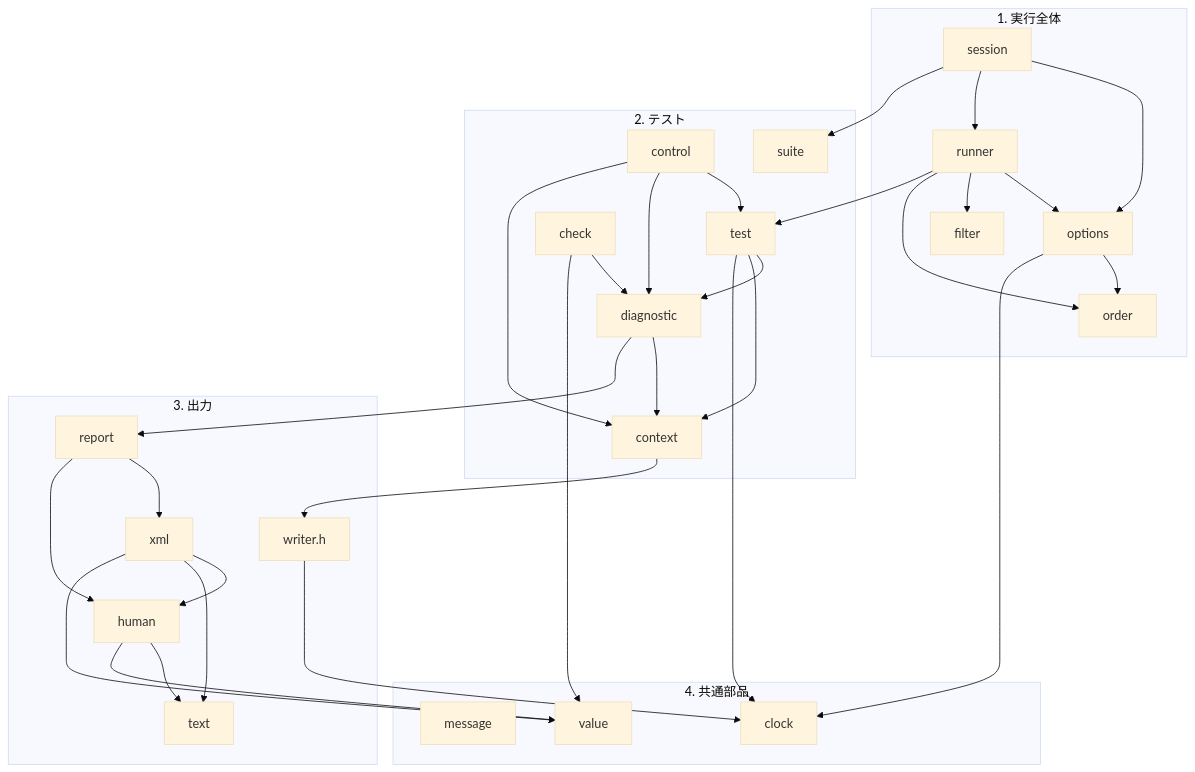
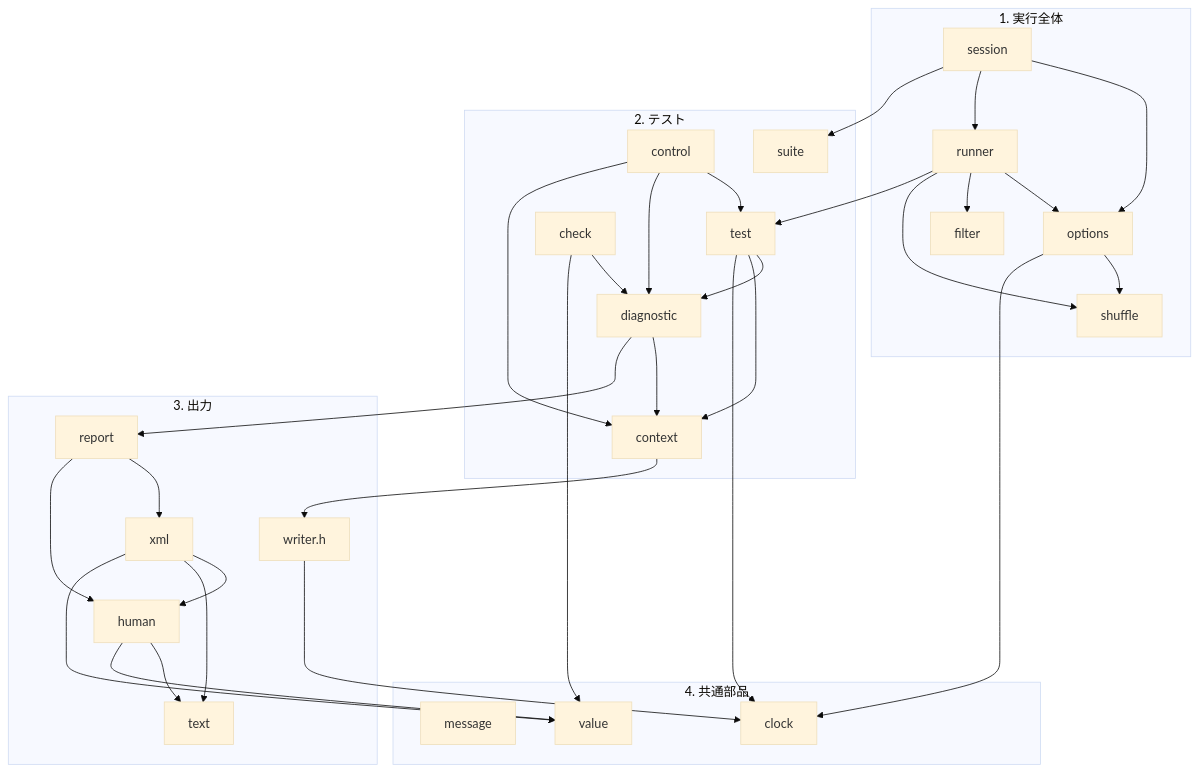
The diagram in docs/ja/development/architecture.md (vabelorg/naos), drawn with Mermaid (base theme) before and after one commit. The commit also changed other lines of this file and 14 other files, not shown here.

First line of the commit message:
Rename order.c to shuffle.c

````diff
--- a/docs/ja/development/architecture.md
+++ b/docs/ja/development/architecture.md
@@ -66,33 +66,33 @@
 ```mermaid
 flowchart TB
   subgraph run["1. 実行全体"]
-    session --> options --> order
+    session --> options --> shuffle
     session --> runner
-    runner --> options & filter & order
+    runner --> options & filter & shuffle
   end
   subgraph tests["2. テスト"]
     test --> diagnostic --> context
     test --> context
     control --> test & diagnostic & context
     check --> diagnostic
     suite
   end
   subgraph output["3. 出力"]
     report --> xml --> human
     report --> human
     xml & human --> text
     writer["writer.h"]
   end
   subgraph shared["4. 共通部品"]
     message
     clock
     value
   end
   session --> suite
   runner --> test
   diagnostic --> report
   context --> writer
   test & options --> clock
   check & human & xml --> value
   writer --> clock
 ```
````
